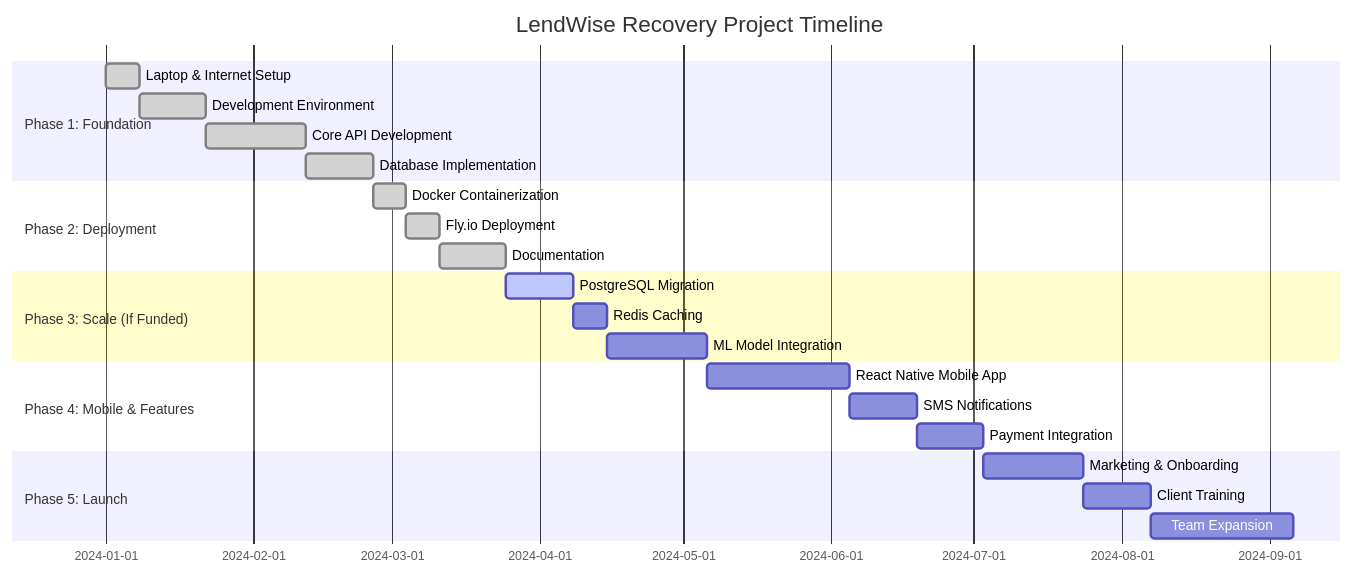
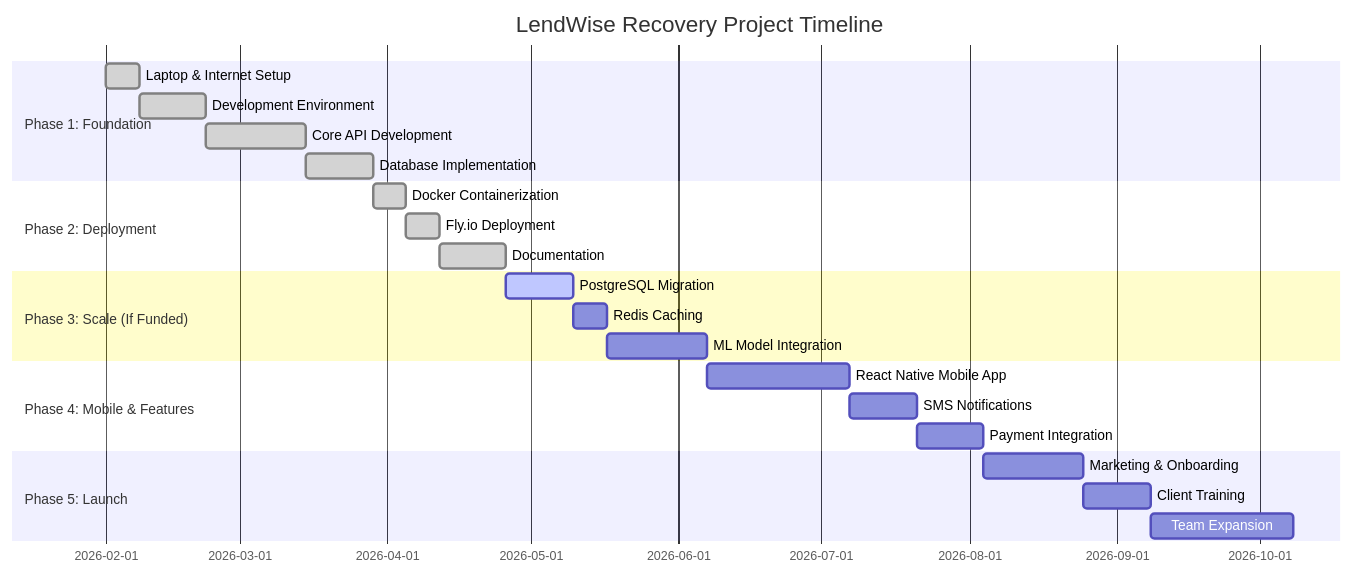
One commit to Lil-mast/smart-loan-recovery changed the diagram in docs/BUDGET.md. Above: the diagram before and after it, drawn with Mermaid. The commit also changed 17 other files, not shown here.

````diff
--- a/docs/BUDGET.md
+++ b/docs/BUDGET.md
@@ -27,30 +27,30 @@
 ```mermaid
 gantt
     title LendWise Recovery Project Timeline
     dateFormat YYYY-MM-DD
     section Phase 1: Foundation
-    Laptop & Internet Setup     :done, p1, 2024-01-01, 7d
+    Laptop & Internet Setup     :done, p1, 2026-02-01, 7d
     Development Environment     :done, p2, after p1, 14d
     Core API Development        :done, p3, after p2, 21d
     Database Implementation     :done, p4, after p3, 14d
     
     section Phase 2: Deployment
     Docker Containerization     :done, p5, after p4, 7d
     Fly.io Deployment           :done, p6, after p5, 7d
     Documentation               :done, p7, after p6, 14d
     
     section Phase 3: Scale (If Funded)
     PostgreSQL Migration        :active, p8, after p7, 14d
     Redis Caching               :p9, after p8, 7d
     ML Model Integration        :p10, after p9, 21d
     
     section Phase 4: Mobile & Features
     React Native Mobile App     :p11, after p10, 30d
     SMS Notifications           :p12, after p11, 14d
     Payment Integration         :p13, after p12, 14d
     
     section Phase 5: Launch
     Marketing & Onboarding      :p14, after p13, 21d
     Client Training             :p15, after p14, 14d
     Team Expansion              :p16, after p15, 30d
 ```
````
